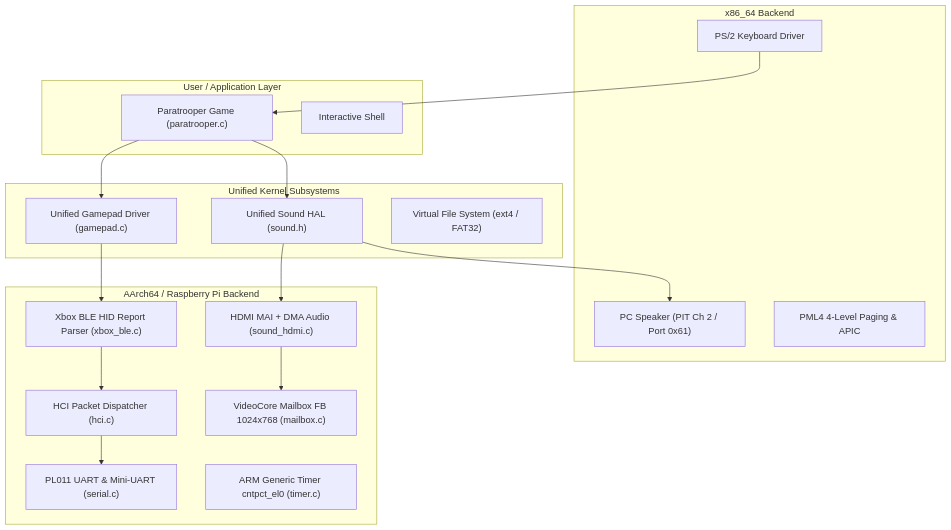
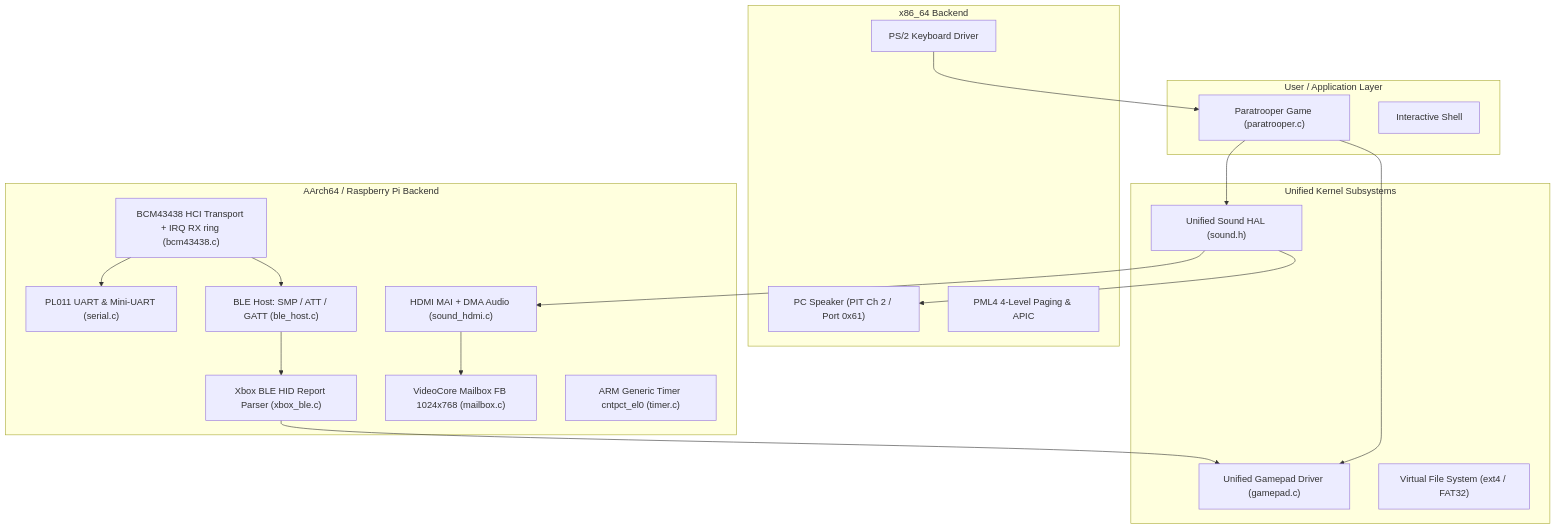
Before and after one commit to priyanr/AGOS: the first of 2 diagrams in docs/arm_ble_xbox_roadmap.md, drawn with Mermaid. The commit also changed other lines of this file and 5 other files, not shown here.

````diff
--- a/docs/arm_ble_xbox_roadmap.md
+++ b/docs/arm_ble_xbox_roadmap.md
@@ -11,39 +11,41 @@
 ```mermaid
 flowchart TD
     subgraph User / Application Layer
         PT["Paratrooper Game (paratrooper.c)"]
         SH["Interactive Shell"]
     end
 
     subgraph Unified Kernel Subsystems
         GP_HAL["Unified Gamepad Driver (gamepad.c)"]
         SND_HAL["Unified Sound HAL (sound.h)"]
         VFS["Virtual File System (ext4 / FAT32)"]
     end
 
     subgraph x86_64 Backend
         KBD_X86["PS/2 Keyboard Driver"]
         SPK_X86["PC Speaker (PIT Ch 2 / Port 0x61)"]
         VMM_X86["PML4 4-Level Paging & APIC"]
     end
 
     subgraph AArch64 / Raspberry Pi Backend
-        HCI["HCI Packet Dispatcher (hci.c)"]
+        BLE_HOST["BLE Host: SMP / ATT / GATT (ble_host.c)"]
+        HCI["BCM43438 HCI Transport + IRQ RX ring (bcm43438.c)"]
         BLE_XBOX["Xbox BLE HID Report Parser (xbox_ble.c)"]
-        VCHIQ_SND["HDMI MAI + DMA Audio (sound_hdmi.c)"]
+        HDMI_SND["HDMI MAI + DMA Audio (sound_hdmi.c)"]
         MBOX_FB["VideoCore Mailbox FB 1024x768 (mailbox.c)"]
         PL011["PL011 UART & Mini-UART (serial.c)"]
         TIMER_ARM["ARM Generic Timer cntpct_el0 (timer.c)"]
     end
 
     %% Wiring
     PT --> GP_HAL
     PT --> SND_HAL
-    GP_HAL --> BLE_XBOX
-    BLE_XBOX --> HCI
+    BLE_XBOX --> GP_HAL
+    BLE_HOST --> BLE_XBOX
+    HCI --> BLE_HOST
     HCI --> PL011
     SND_HAL --> SPK_X86
-    SND_HAL --> VCHIQ_SND
-    VCHIQ_SND --> MBOX_FB
+    SND_HAL --> HDMI_SND
+    HDMI_SND --> MBOX_FB
     KBD_X86 --> PT
 ```
````
